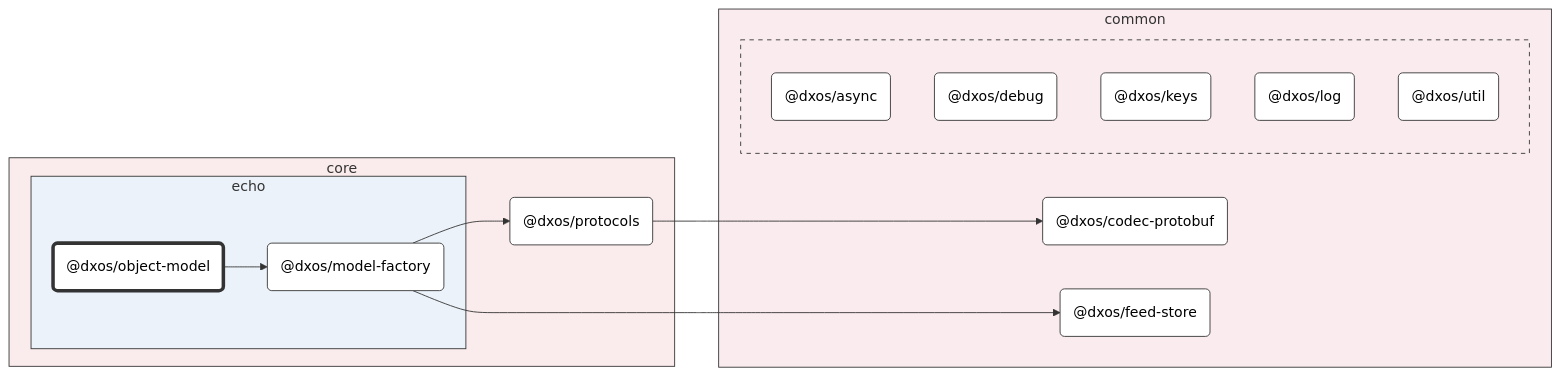
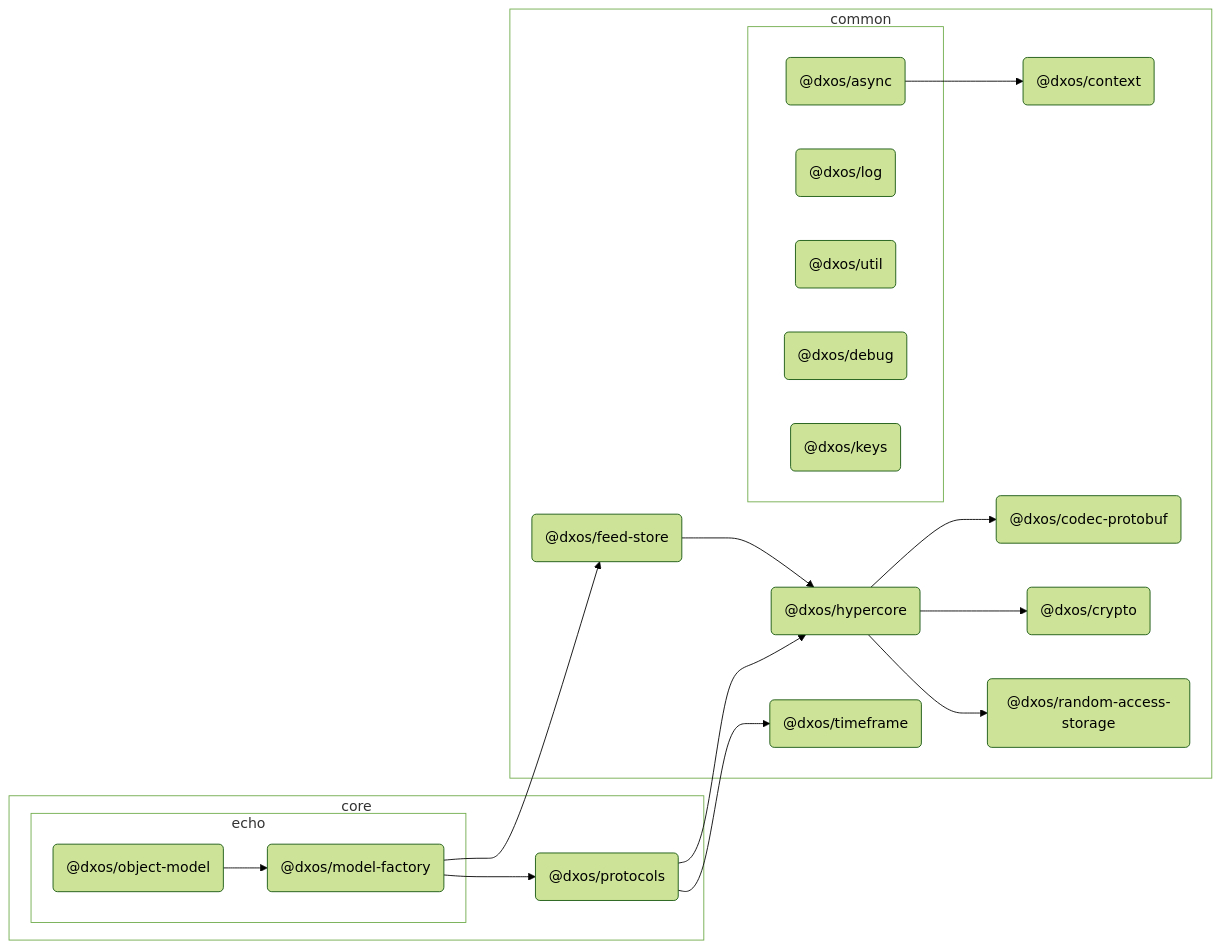
One commit to dxos/dxos changed the diagram in packages/core/echo/object-model/docs/README.md. Above: the diagram before and after it, drawn with Mermaid (forest theme). The commit also changed other lines of this file and 127 other files, not shown here.

````diff
--- a/packages/core/echo/object-model/docs/README.md
+++ b/packages/core/echo/object-model/docs/README.md
@@ -7,54 +7,69 @@
 ```mermaid
 %%{ init: {'flowchart':{'curve':'basis'}} }%%
 
 flowchart LR
 
 %% Classes
-classDef def fill:#fff,stroke:#333,stroke-width:1px
-classDef root fill:#fff,stroke:#333,stroke-width:4px
+
+
 
 %% Nodes
 
 subgraph core [core]
-  style core fill:#faebec,stroke:#333
+  style core fill:transparent
   dxos/protocols("@dxos/protocols"):::def
   click dxos/protocols "dxos/dxos/tree/main/packages/core/protocols/docs"
 
   subgraph echo [echo]
-    style echo fill:#ebf2fa,stroke:#333
+    style echo fill:transparent
     dxos/object-model("@dxos/object-model"):::root
     click dxos/object-model "dxos/dxos/tree/main/packages/core/echo/object-model/docs"
     dxos/model-factory("@dxos/model-factory"):::def
     click dxos/model-factory "dxos/dxos/tree/main/packages/core/echo/model-factory/docs"
   end
 end
 
 subgraph common [common]
-  style common fill:#faebee,stroke:#333
+  style common fill:transparent
+  dxos/context("@dxos/context"):::def
+  click dxos/context "dxos/dxos/tree/main/packages/common/context/docs"
   dxos/codec-protobuf("@dxos/codec-protobuf"):::def
   click dxos/codec-protobuf "dxos/dxos/tree/main/packages/common/codec-protobuf/docs"
   dxos/feed-store("@dxos/feed-store"):::def
   click dxos/feed-store "dxos/dxos/tree/main/packages/common/feed-store/docs"
+  dxos/crypto("@dxos/crypto"):::def
+  click dxos/crypto "dxos/dxos/tree/main/packages/common/crypto/docs"
+  dxos/hypercore("@dxos/hypercore"):::def
+  click dxos/hypercore "dxos/dxos/tree/main/packages/common/hypercore/docs"
+  dxos/random-access-storage("@dxos/random-access-storage"):::def
+  click dxos/random-access-storage "dxos/dxos/tree/main/packages/common/random-access-storage/docs"
+  dxos/timeframe("@dxos/timeframe"):::def
+  click dxos/timeframe "dxos/dxos/tree/main/packages/common/timeframe/docs"
 
   subgraph _ [ ]
-    style _ fill:#faebee,stroke:#333,stroke-dasharray:5 5
+    style _ fill:transparent
     dxos/async("@dxos/async"):::def
     click dxos/async "dxos/dxos/tree/main/packages/common/async/docs"
+    dxos/log("@dxos/log"):::def
+    click dxos/log "dxos/dxos/tree/main/packages/common/log/docs"
+    dxos/util("@dxos/util"):::def
+    click dxos/util "dxos/dxos/tree/main/packages/common/util/docs"
     dxos/debug("@dxos/debug"):::def
     click dxos/debug "dxos/dxos/tree/main/packages/common/debug/docs"
     dxos/keys("@dxos/keys"):::def
     click dxos/keys "dxos/dxos/tree/main/packages/common/keys/docs"
-    dxos/log("@dxos/log"):::def
-    click dxos/log "dxos/dxos/tree/main/packages/common/log/docs"
-    dxos/util("@dxos/util"):::def
-    click dxos/util "dxos/dxos/tree/main/packages/common/util/docs"
   end
 end
 
 %% Links
-linkStyle default stroke:#333,stroke-width:1px
+dxos/async --> dxos/context
 dxos/object-model --> dxos/model-factory
 dxos/model-factory --> dxos/feed-store
+dxos/feed-store --> dxos/hypercore
+dxos/hypercore --> dxos/codec-protobuf
+dxos/hypercore --> dxos/crypto
+dxos/hypercore --> dxos/random-access-storage
 dxos/model-factory --> dxos/protocols
-dxos/protocols --> dxos/codec-protobuf
+dxos/protocols --> dxos/hypercore
+dxos/protocols --> dxos/timeframe
 ```
````
